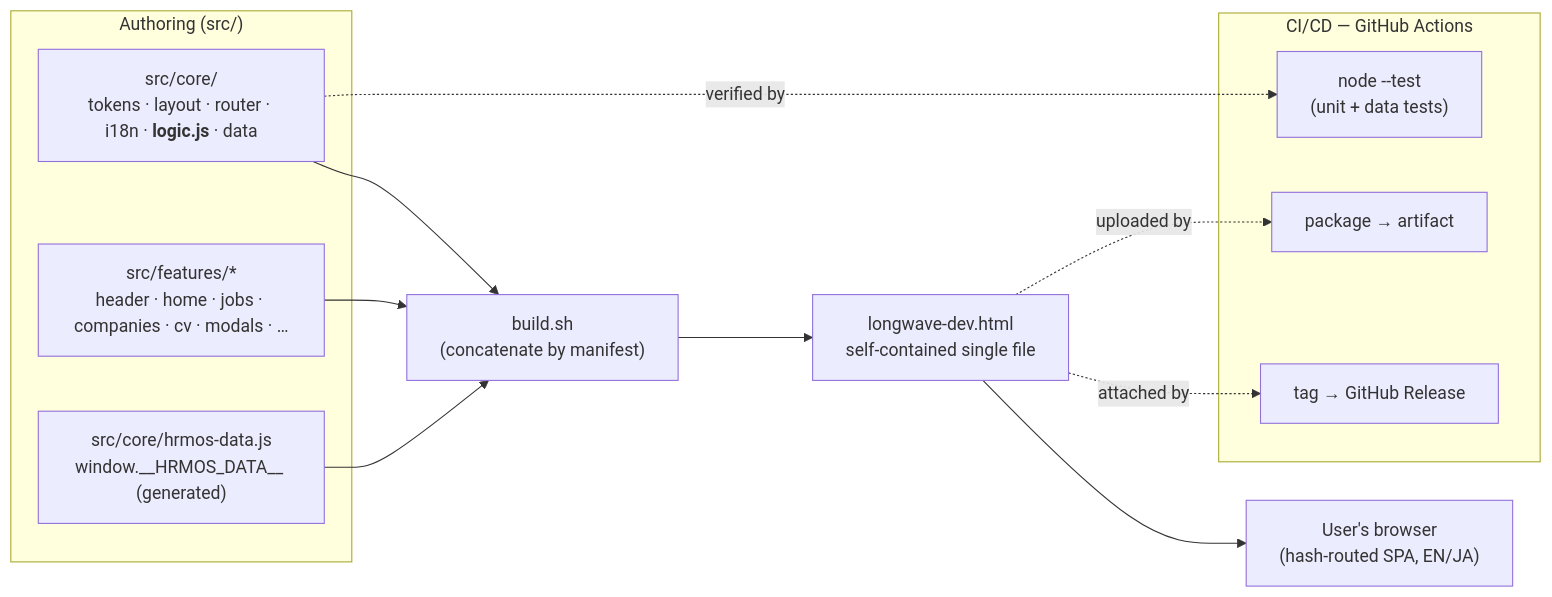
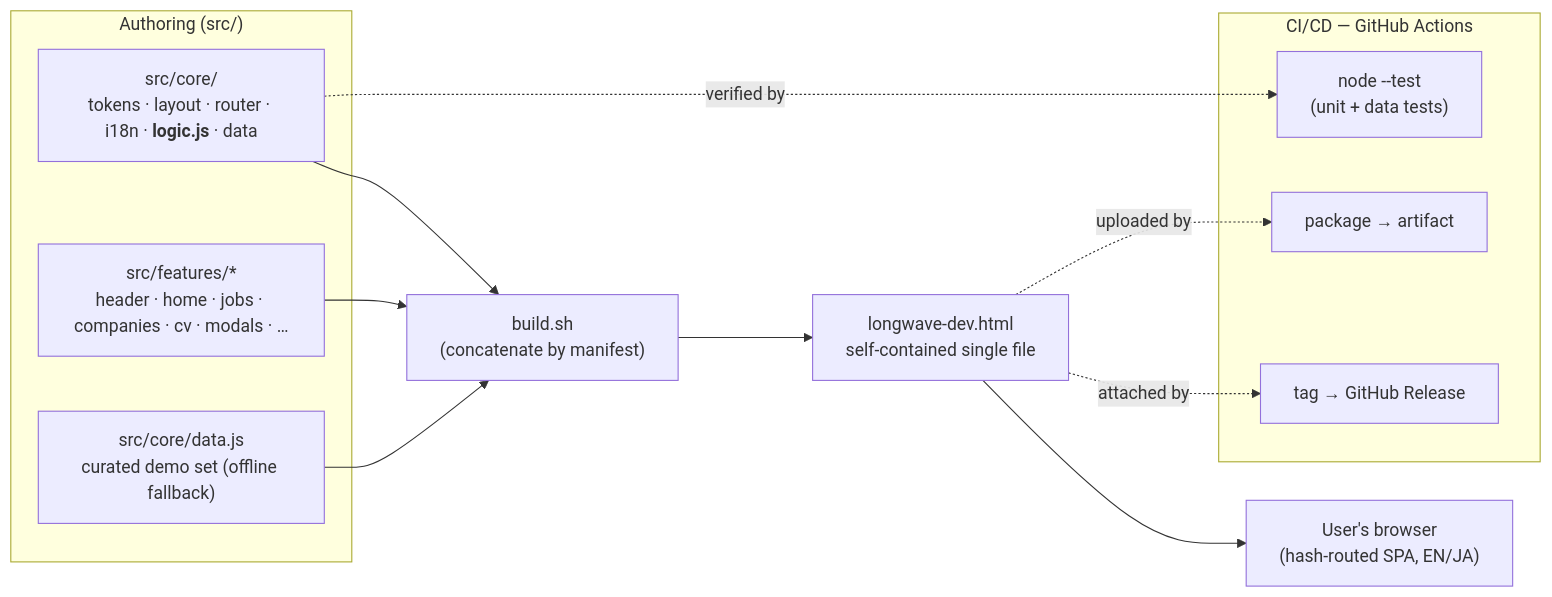
The first of 7 diagrams in docs/ARCHITECTURE.md (LongWave-Engineering/LongWave-Dev-POC), drawn with Mermaid before and after one commit. The commit also changed other lines of this file and 7 other files, not shown here.

````diff
--- a/docs/ARCHITECTURE.md
+++ b/docs/ARCHITECTURE.md
@@ -19,25 +21,25 @@
 ```mermaid
 flowchart LR
     subgraph authoring["Authoring (src/)"]
         core["src/core/<br/>tokens · layout · router · i18n · <b>logic.js</b> · data"]
         feat["src/features/*<br/>header · home · jobs · companies · cv · modals · …"]
-        data["src/core/hrmos-data.js<br/>window.__HRMOS_DATA__ (generated)"]
+        data["src/core/data.js<br/>curated demo set (offline fallback)"]
     end
     build["build.sh<br/>(concatenate by manifest)"]
     bundle["longwave-dev.html<br/>self-contained single file"]
     browser["User's browser<br/>(hash-routed SPA, EN/JA)"]
 
     core --> build
     feat --> build
     data --> build
     build --> bundle --> browser
 
     subgraph ci["CI/CD — GitHub Actions"]
         test["node --test<br/>(unit + data tests)"]
         pkg["package → artifact"]
         rel["tag → GitHub Release"]
     end
     core -. verified by .-> test
     bundle -. uploaded by .-> pkg
     bundle -. attached by .-> rel
 ```
````
